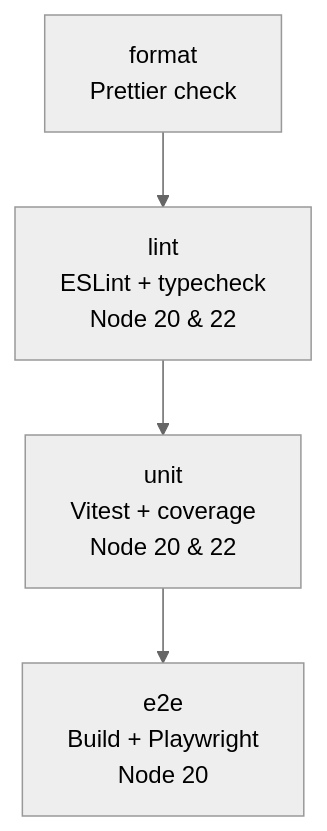
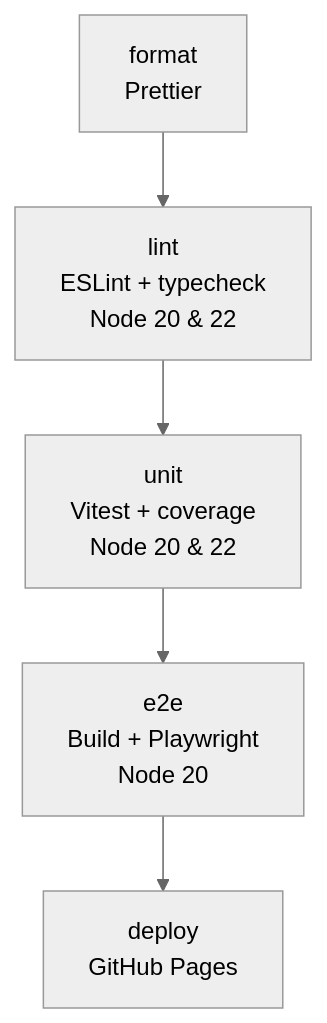
Before and after one commit to miguelpadin/poc-gh-actions: the diagram in README.md, drawn with Mermaid (neutral theme). The commit also changed other lines of this file and 1 other file, not shown here.

Commit message:
docs: update README to document automatic GitHub Pages deployment

````diff
--- a/README.md
+++ b/README.md
@@ -20,6 +20,7 @@
 ```mermaid
 graph TD
-  A[format<br/>Prettier check] --> B[lint<br/>ESLint + typecheck<br/>Node 20 & 22]
+  A[format<br/>Prettier] --> B[lint<br/>ESLint + typecheck<br/>Node 20 & 22]
   B --> C[unit<br/>Vitest + coverage<br/>Node 20 & 22]
   C --> D[e2e<br/>Build + Playwright<br/>Node 20]
+  D --> E[deploy<br/>GitHub Pages]
 ```
````
